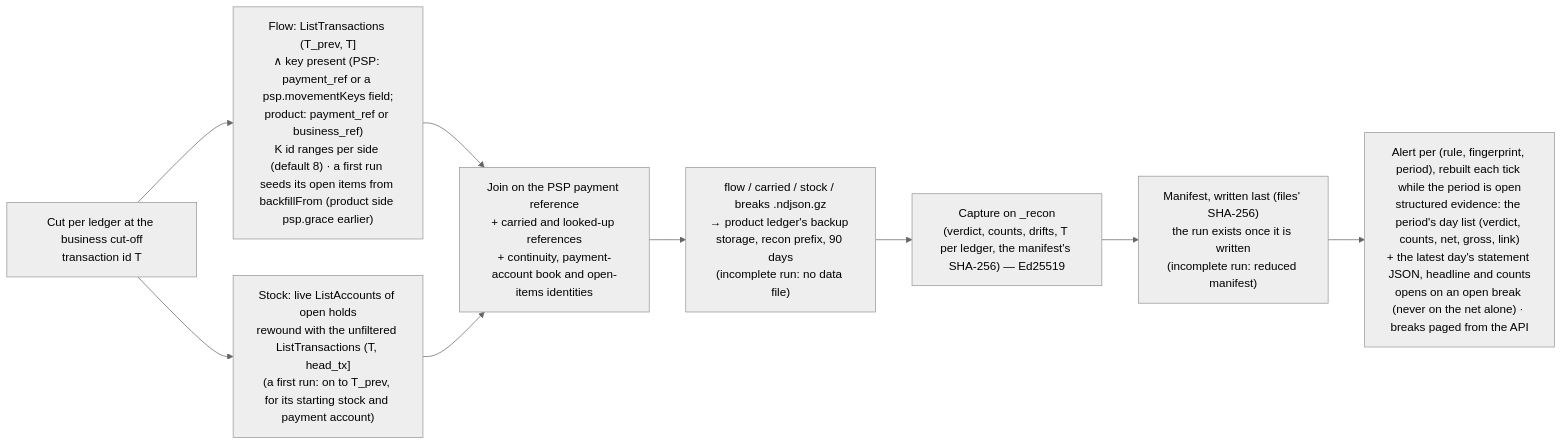
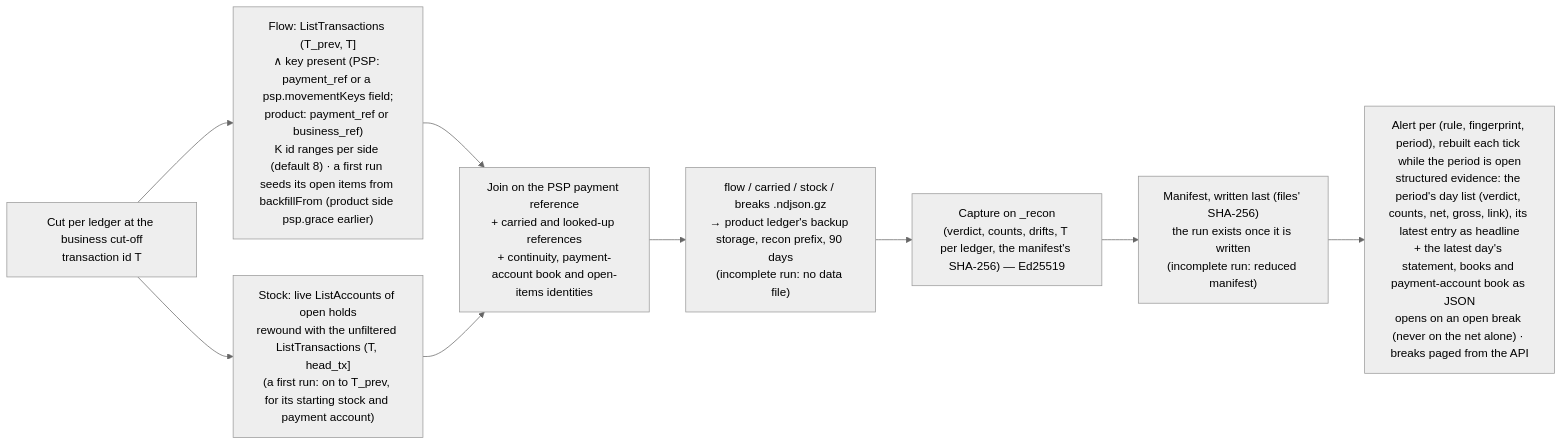
The ninth of 9 diagrams in docs/technical/workflows.md (formancehq/reconciliation), drawn with Mermaid (neutral theme) before and after one commit. The commit also changed 15 other files, not shown here.

````diff
--- a/docs/technical/workflows.md
+++ b/docs/technical/workflows.md
@@ -326,11 +326,11 @@
 ```mermaid
 flowchart LR
     Cut["Cut per ledger at the business cut-off<br/>transaction id T"] --> Flow["Flow: ListTransactions (T_prev, T]<br/>∧ key present (PSP: payment_ref or a psp.movementKeys field;<br/>product: payment_ref or business_ref)<br/>K id ranges per side (default 8) · a first run seeds its open items from backfillFrom (product side psp.grace earlier)"]
     Cut --> Stock["Stock: live ListAccounts of open holds<br/>rewound with the unfiltered ListTransactions (T, head_tx]<br/>(a first run: on to T_prev, for its starting stock and payment account)"]
     Flow --> Join["Join on the PSP payment reference<br/>+ carried and looked-up references<br/>+ continuity, payment-account book and open-items identities"]
     Stock --> Join
     Join --> Art["flow / carried / stock / breaks .ndjson.gz<br/>→ product ledger's backup storage, recon prefix, 90 days<br/>(incomplete run: no data file)"]
     Art --> Cap["Capture on _recon<br/>(verdict, counts, drifts, T per ledger, the manifest's SHA-256) — Ed25519"]
     Cap --> Man["Manifest, written last (files' SHA-256)<br/>the run exists once it is written<br/>(incomplete run: reduced manifest)"]
-    Man --> Alert["Alert per (rule, fingerprint, period), rebuilt each tick while the period is open<br/>structured evidence: the period's day list (verdict, counts, net, gross, link)<br/>+ the latest day's statement JSON, headline and counts<br/>opens on an open break (never on the net alone) · breaks paged from the API"]
+    Man --> Alert["Alert per (rule, fingerprint, period), rebuilt each tick while the period is open<br/>structured evidence: the period's day list (verdict, counts, net, gross, link), its latest entry as headline<br/>+ the latest day's statement, books and payment-account book as JSON<br/>opens on an open break (never on the net alone) · breaks paged from the API"]
 ```
````
